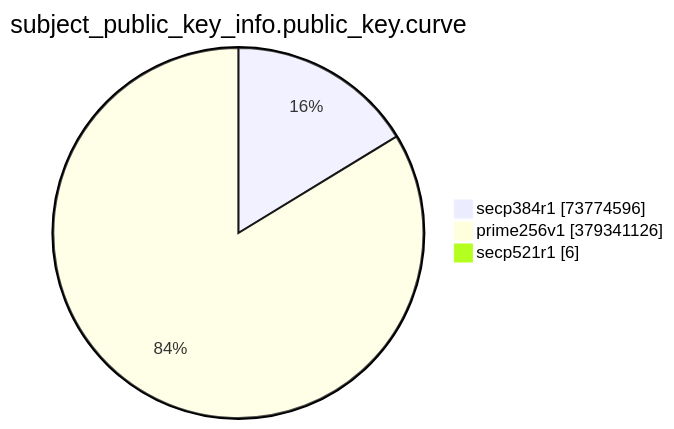
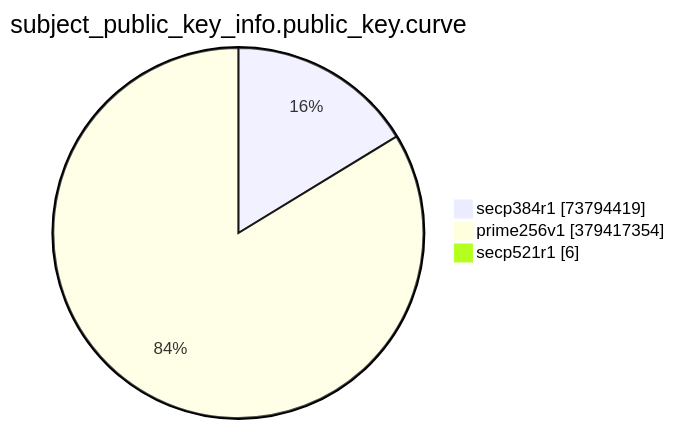
One commit to christiankrug/ctmonitor_visualization changed the eighth of 15 diagrams in TOTAL/README.md. Above: the diagram before and after it, drawn with Mermaid. The commit also changed other lines of this file, not shown here.

````diff
--- a/TOTAL/README.md
+++ b/TOTAL/README.md
@@ -3094,7 +3094,7 @@
 ```mermaid
 pie showData
 title subject_public_key_info.public_key.curve
-"secp384r1" :73774596
-"prime256v1" :379341126
+"secp384r1" :73794419
+"prime256v1" :379417354
 "secp521r1" :6
 ```
````
